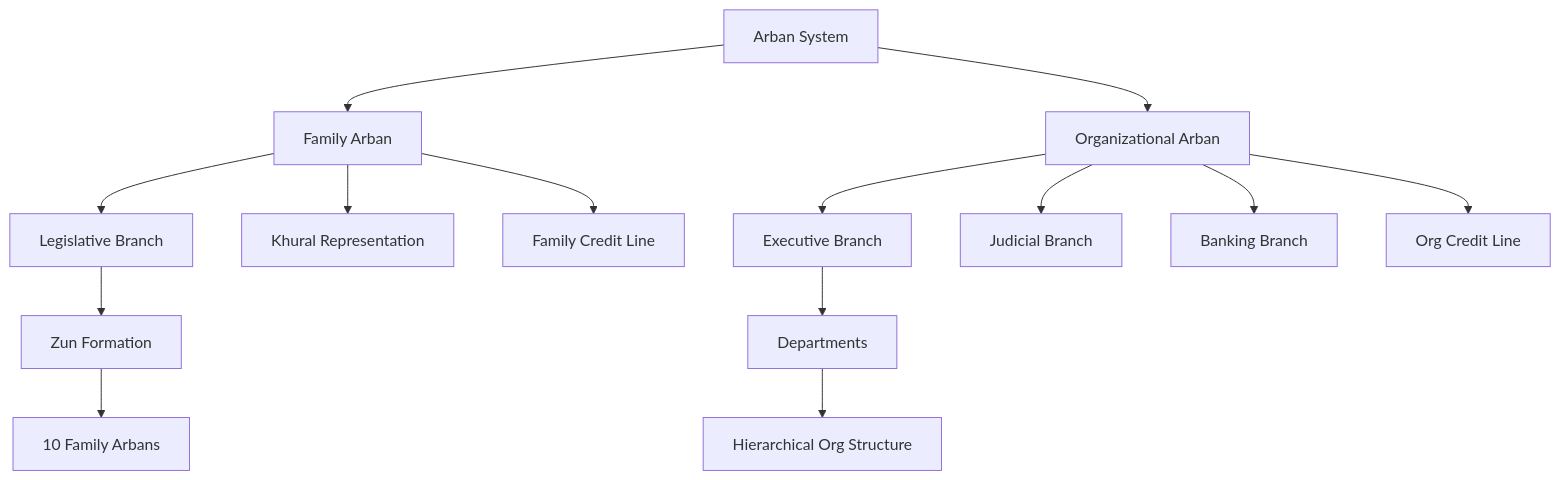
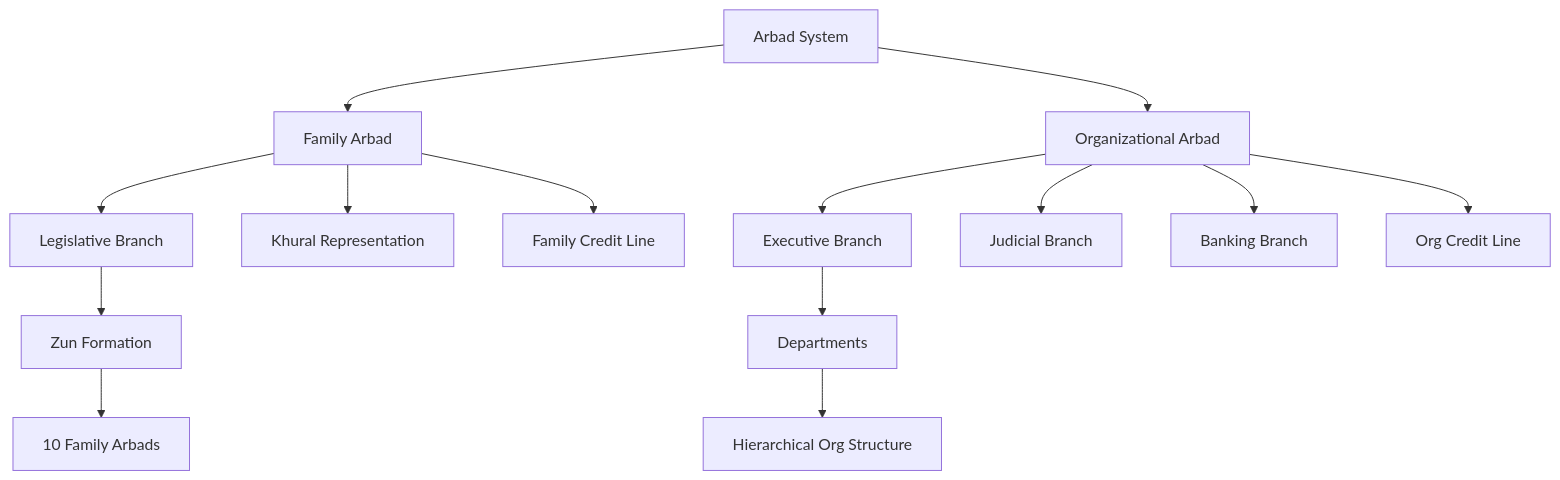
Before and after one commit to Khongirad/INOMAD: the first of 4 diagrams in docs/architecture/ARBAN_SYSTEM_GUIDE.md, drawn with Mermaid. The commit also changed other lines of this file and 217 other files, not shown here.

````diff
--- a/docs/architecture/ARBAN_SYSTEM_GUIDE.md
+++ b/docs/architecture/ARBAN_SYSTEM_GUIDE.md
@@ -46,20 +46,20 @@
 ```mermaid
 graph TD
-    A[Arban System] --> B[Family Arban]
-    A --> C[Organizational Arban]
+    A[Arbad System] --> B[Family Arbad]
+    A --> C[Organizational Arbad]
     
     B --> B1[Legislative Branch]
     B --> B2[Khural Representation]
     B --> B3[Family Credit Line]
     
     C --> C1[Executive Branch]
     C --> C2[Judicial Branch]
     C --> C3[Banking Branch]
     C --> C4[Org Credit Line]
     
     B1 --> D[Zun Formation]
-    D --> E[10 Family Arbans]
+    D --> E[10 Family Arbads]
     
     C1 --> F[Departments]
     F --> G[Hierarchical Org Structure]
 ```
````
